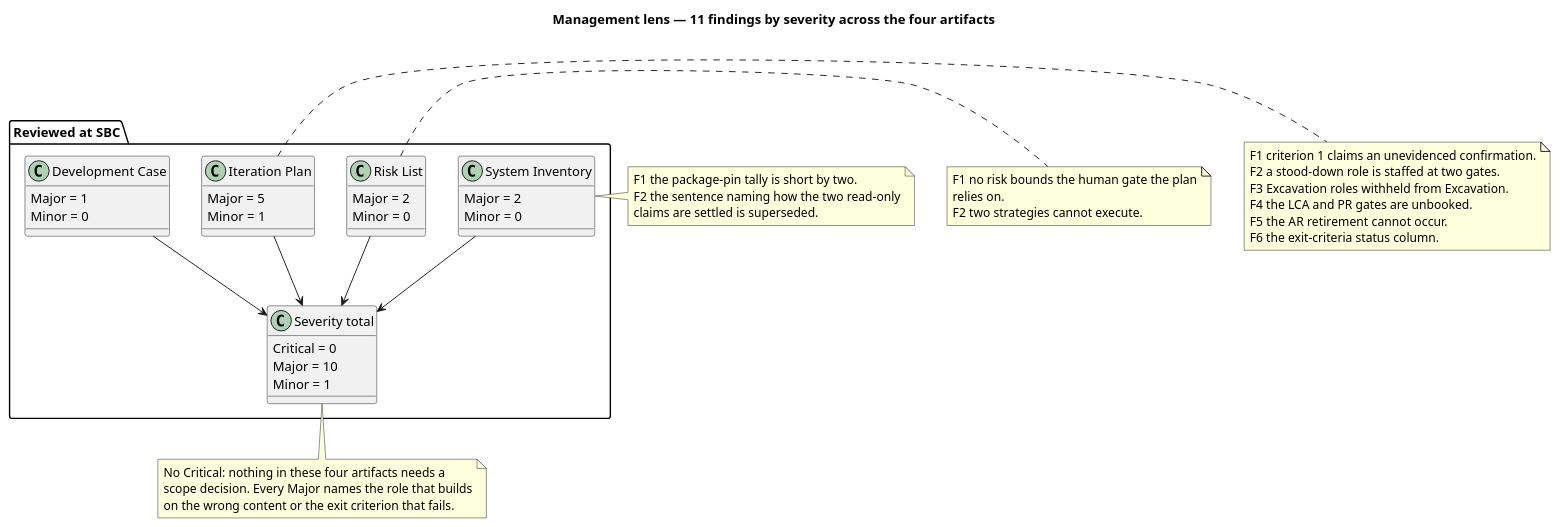
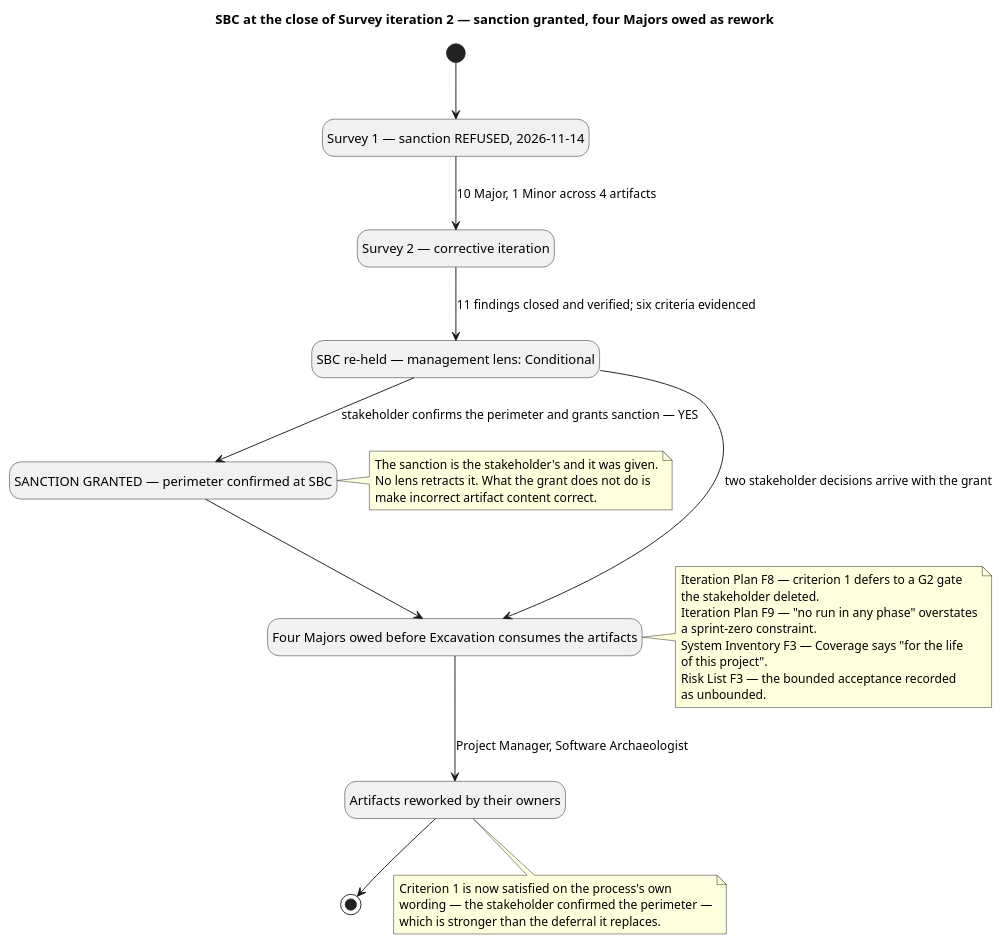
One commit to banense-test/TodoApp changed diagram 12 of 12 in docs/artifacts/project-management/review-record.md. Above: the diagram before and after it, drawn with PlantUML. The commit also changed other lines of this file, not shown here.

Commit message:
Management Reviewer [Survey2]: upsert Review Record
[skip ci]

````diff
--- a/docs/artifacts/project-management/review-record.md
+++ b/docs/artifacts/project-management/review-record.md
@@ -1190,60 +1192,43 @@
 ```plantuml
 @startuml
-title Management lens — 11 findings by severity across the four artifacts
+hide empty description
+title SBC at the close of Survey iteration 2 — sanction granted, four Majors owed as rework
 skinparam shadowing false
-skinparam classAttributeIconSize 0
 
-package "Reviewed at SBC" {
-  class "Development Case" as DC {
-    Major = 1
-    Minor = 0
-  }
-  class "System Inventory" as SI {
-    Major = 2
-    Minor = 0
-  }
-  class "Risk List" as RL {
-    Major = 2
-    Minor = 0
-  }
-  class "Iteration Plan" as IP {
-    Major = 5
-    Minor = 1
-  }
-  class "Severity total" as TOT {
-    Critical = 0
-    Major = 10
-    Minor = 1
-  }
-}
+[*] --> Refused
+state "Survey 1 — sanction REFUSED, 2026-11-14" as Refused
+Refused --> Corrective : 10 Major, 1 Minor across 4 artifacts
+state "Survey 2 — corrective iteration" as Corrective
+Corrective --> Reheld : 11 findings closed and verified; six criteria evidenced
+state "SBC re-held — management lens: Conditional" as Reheld
+Reheld --> Sanctioned : stakeholder confirms the perimeter and grants sanction — YES
+Reheld --> MajorsOwed : two stakeholder decisions arrive with the grant
+state "SANCTION GRANTED — perimeter confirmed at SBC" as Sanctioned
+state "Four Majors owed before Excavation consumes the artifacts" as MajorsOwed
+state "Artifacts reworked by their owners" as Reworked
+Sanctioned --> MajorsOwed
+MajorsOwed --> Reworked : Project Manager, Software Archaeologist
+Reworked --> [*]
 
-DC --> TOT
-SI --> TOT
-RL --> TOT
-IP --> TOT
-
-note right of SI
-  F1 the package-pin tally is short by two.
-  F2 the sentence naming how the two read-only
-  claims are settled is superseded.
+note right of Sanctioned
+  The sanction is the stakeholder's and it was given.
+  No lens retracts it. What the grant does not do is
+  make incorrect artifact content correct.
 end note
-note right of RL
-  F1 no risk bounds the human gate the plan
-  relies on.
-  F2 two strategies cannot execute.
+note right of MajorsOwed
+  Iteration Plan F8 — criterion 1 defers to a G2 gate
+  the stakeholder deleted.
+  Iteration Plan F9 — "no run in any phase" overstates
+  a sprint-zero constraint.
+  System Inventory F3 — Coverage says "for the life
+  of this project".
+  Risk List F3 — the bounded acceptance recorded
+  as unbounded.
 end note
-note right of IP
-  F1 criterion 1 claims an unevidenced confirmation.
-  F2 a stood-down role is staffed at two gates.
-  F3 Excavation roles withheld from Excavation.
-  F4 the LCA and PR gates are unbooked.
-  F5 the AR retirement cannot occur.
-  F6 the exit-criteria status column.
-end note
-note bottom of TOT
-  No Critical: nothing in these four artifacts needs a
-  scope decision. Every Major names the role that builds
-  on the wrong content or the exit criterion that fails.
+note bottom of Reworked
+  Criterion 1 is now satisfied on the process's own
+  wording — the stakeholder confirmed the perimeter —
+  which is stronger than the deferral it replaces.
 end note
 @enduml
 ```
````
